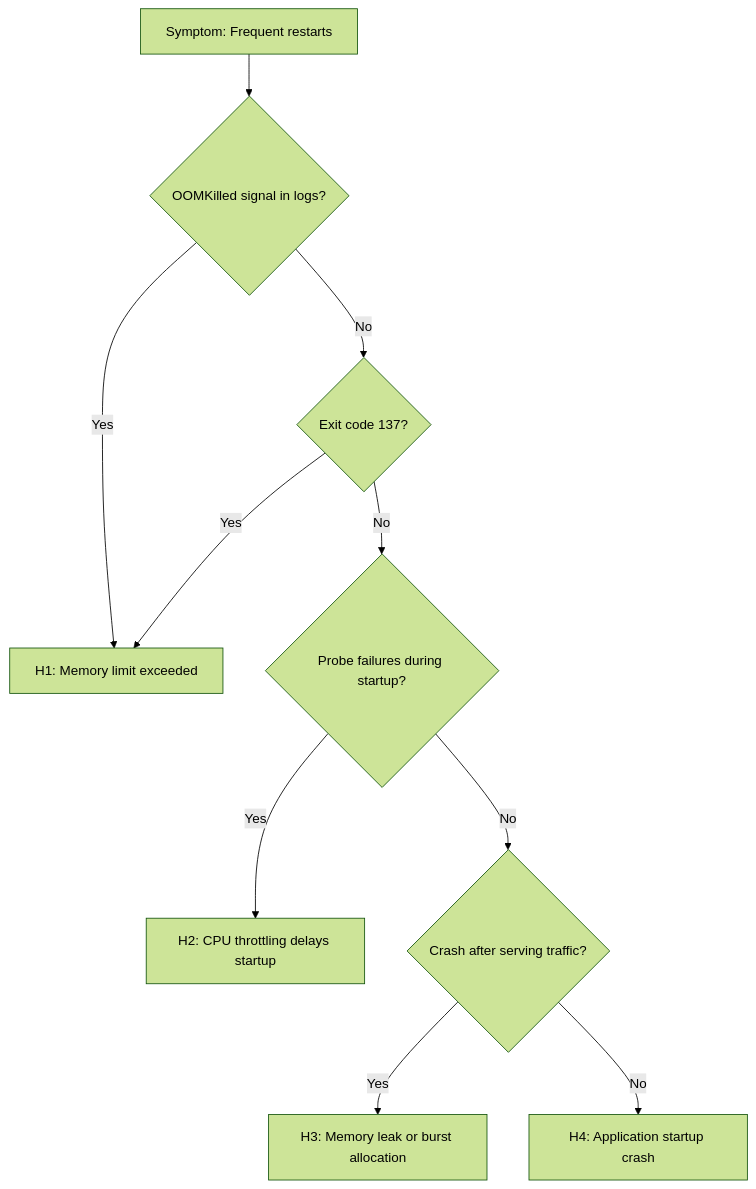
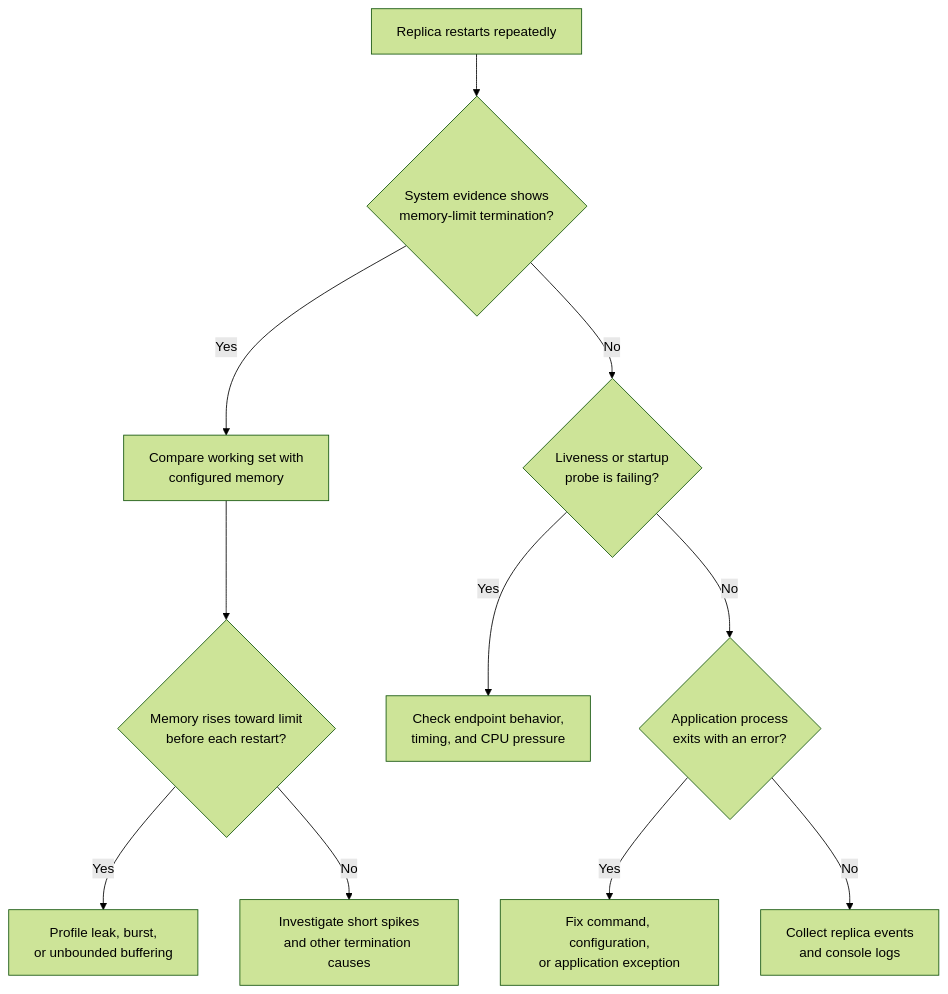
One commit to yeongseon/azure-container-apps-practical-guide changed the diagram in docs/troubleshooting/playbooks/scaling-and-runtime/crashloop-oom-and-resource-pressure.md. Above: the diagram before and after it, drawn with Mermaid (forest theme). The commit also changed other lines of this file and 28 other files, not shown here.

Commit message:
docs(diagrams): migrate playbook diagnostic flows (#627)

````diff
--- a/docs/troubleshooting/playbooks/scaling-and-runtime/crashloop-oom-and-resource-pressure.md
+++ b/docs/troubleshooting/playbooks/scaling-and-runtime/crashloop-oom-and-resource-pressure.md
@@ -38,12 +38,16 @@
 ```mermaid
-graph TD
-    A[Symptom: Frequent restarts] --> B{OOMKilled signal in logs?}
-    B -->|Yes| H1[H1: Memory limit exceeded]
-    B -->|No| C{Exit code 137?}
-    C -->|Yes| H1
-    C -->|No| D{Probe failures during startup?}
-    D -->|Yes| H2[H2: CPU throttling delays startup]
-    D -->|No| E{Crash after serving traffic?}
-    E -->|Yes| H3[H3: Memory leak or burst allocation]
-    E -->|No| H4[H4: Application startup crash]
+flowchart TD
+    accTitle: Classify repeated container restarts
+    accDescr: Use system and console evidence to distinguish memory-limit termination, probe-driven restart, and application-process exit before changing resources or probes.
+
+    START[Replica restarts repeatedly] --> OOM{System evidence shows<br/>memory-limit termination?}
+    OOM -->|Yes| MEMORY[Compare working set with<br/>configured memory]
+    OOM -->|No| PROBE{Liveness or startup<br/>probe is failing?}
+    PROBE -->|Yes| HEALTH[Check endpoint behavior,<br/>timing, and CPU pressure]
+    PROBE -->|No| EXIT{Application process<br/>exits with an error?}
+    EXIT -->|Yes| APP[Fix command, configuration,<br/>or application exception]
+    EXIT -->|No| EVIDENCE[Collect replica events<br/>and console logs]
+    MEMORY --> GROWTH{Memory rises toward limit<br/>before each restart?}
+    GROWTH -->|Yes| LEAK[Profile leak, burst,<br/>or unbounded buffering]
+    GROWTH -->|No| SPIKE[Investigate short spikes<br/>and other termination causes]
 ```
````
